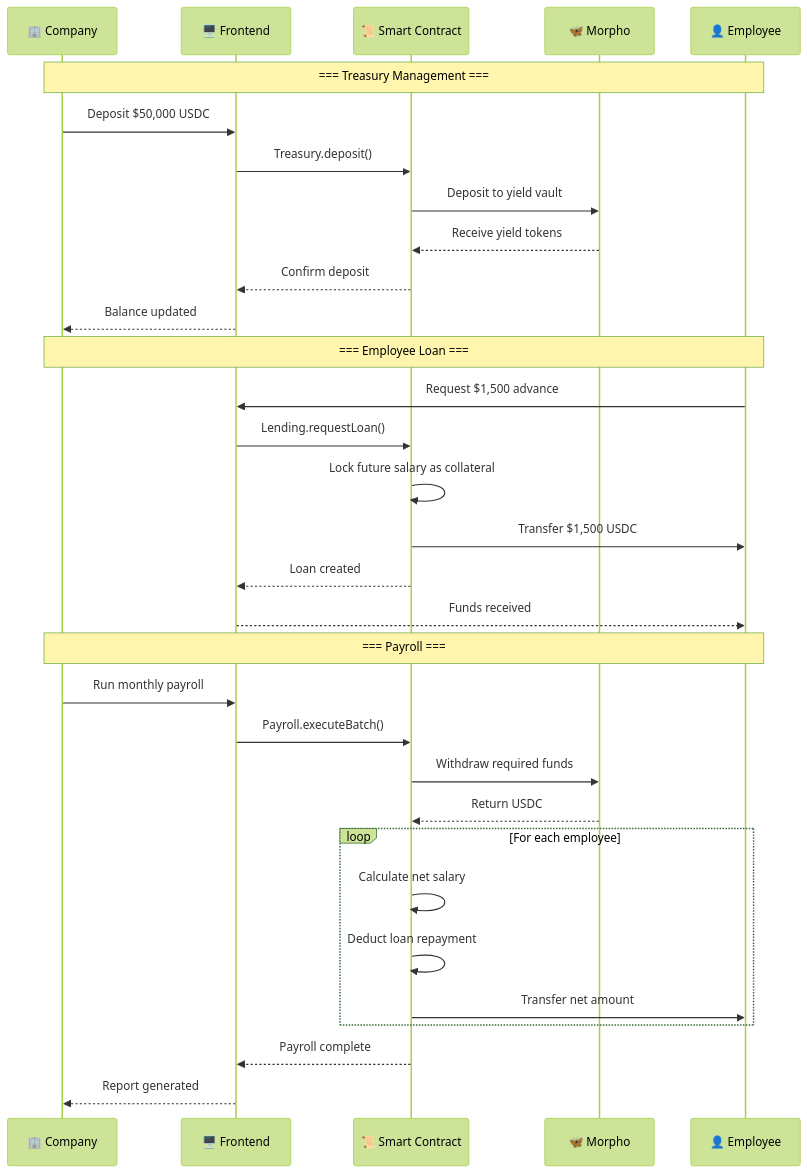
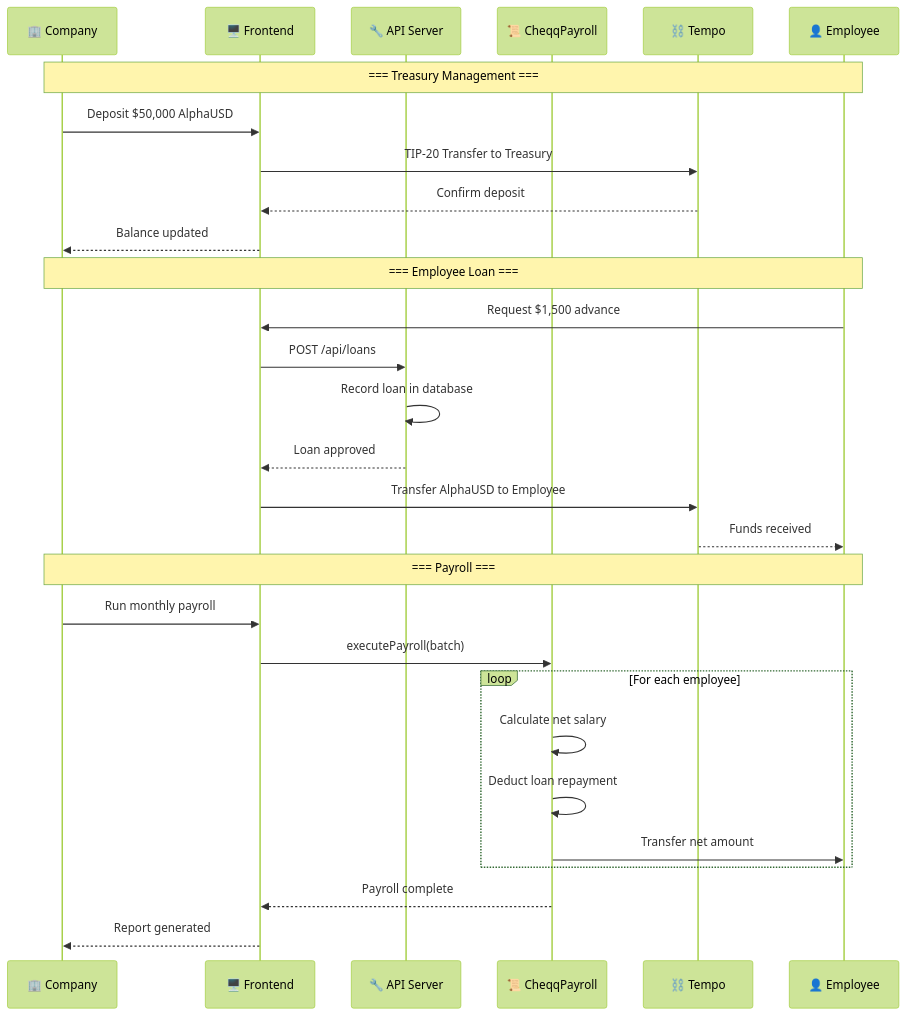
Before and after one commit to unclekaldoteth/cheqq: the eighth of 10 diagrams in excalidraw-flow-chart/payfi_flowcharts.md, drawn with Mermaid (forest theme). The commit also changed other lines of this file and 110 other files, not shown here.

Commit message:
Update Cheqq application: UI improvements, contract updates, and feature enhancements

````diff
--- a/excalidraw-flow-chart/payfi_flowcharts.md
+++ b/excalidraw-flow-chart/payfi_flowcharts.md
@@ -210,37 +233,34 @@
 ```mermaid
 sequenceDiagram
     participant C as 🏢 Company
     participant F as 🖥️ Frontend
-    participant SC as 📜 Smart Contract
-    participant M as 🦋 Morpho
+    participant API as 🔧 API Server
+    participant SC as 📜 CheqqPayroll
+    participant T as ⛓️ Tempo
     participant E as 👤 Employee
 
     Note over C,E: === Treasury Management ===
-    C->>F: Deposit $50,000 USDC
-    F->>SC: Treasury.deposit()
-    SC->>M: Deposit to yield vault
-    M-->>SC: Receive yield tokens
-    SC-->>F: Confirm deposit
+    C->>F: Deposit $50,000 AlphaUSD
+    F->>T: TIP-20 Transfer to Treasury
+    T-->>F: Confirm deposit
     F-->>C: Balance updated
 
     Note over C,E: === Employee Loan ===
     E->>F: Request $1,500 advance
-    F->>SC: Lending.requestLoan()
-    SC->>SC: Lock future salary as collateral
-    SC->>E: Transfer $1,500 USDC
-    SC-->>F: Loan created
-    F-->>E: Funds received
+    F->>API: POST /api/loans
+    API->>API: Record loan in database
+    API-->>F: Loan approved
+    F->>T: Transfer AlphaUSD to Employee
+    T-->>E: Funds received
 
     Note over C,E: === Payroll ===
     C->>F: Run monthly payroll
-    F->>SC: Payroll.executeBatch()
-    SC->>M: Withdraw required funds
-    M-->>SC: Return USDC
+    F->>SC: executePayroll(batch)
     loop For each employee
         SC->>SC: Calculate net salary
         SC->>SC: Deduct loan repayment
         SC->>E: Transfer net amount
     end
     SC-->>F: Payroll complete
     F-->>C: Report generated
 ```
````
